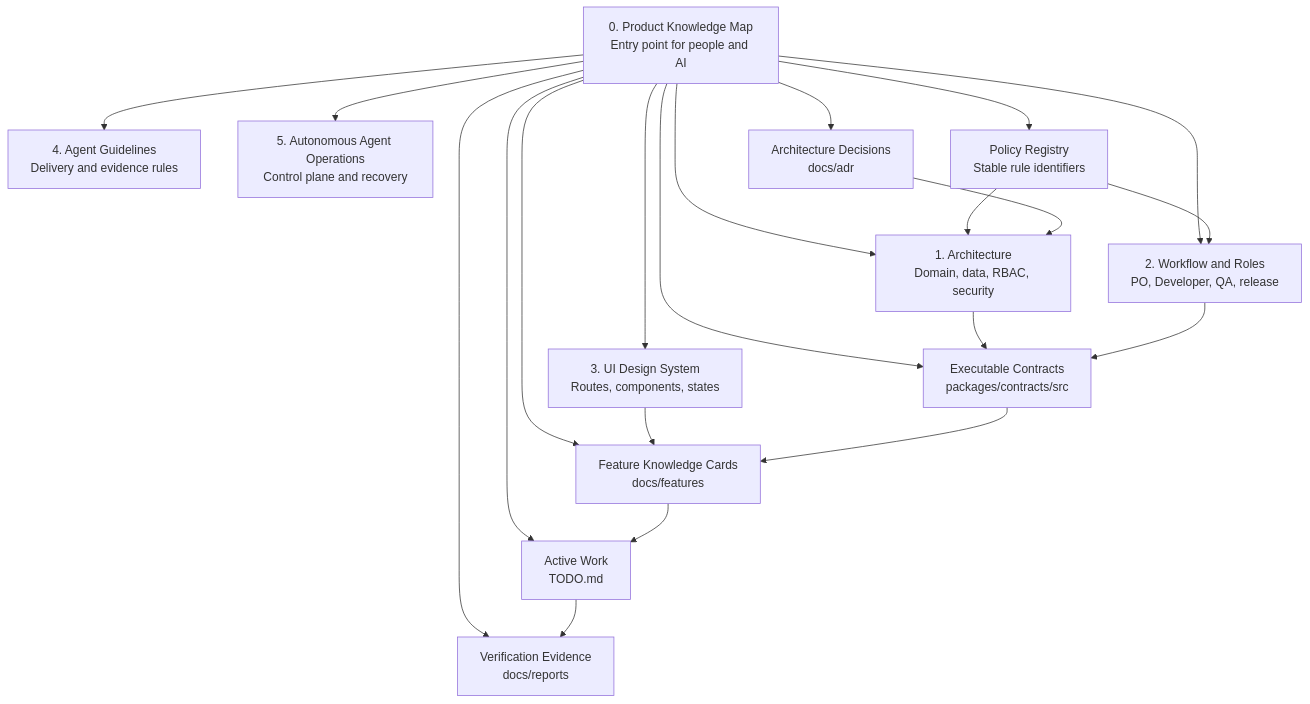
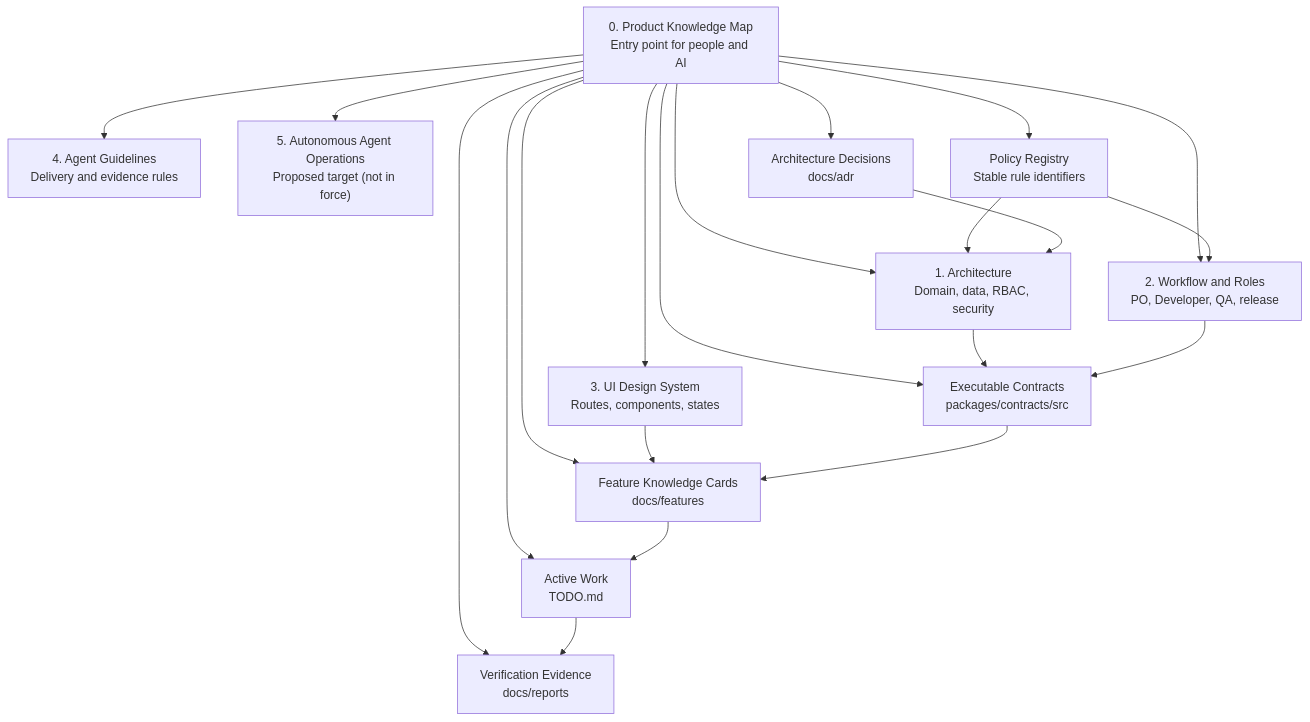
One commit to oneilreyand/qlickhub changed the second of 4 diagrams in docs/0_PRODUCT_KNOWLEDGE_MAP.md. Above: the diagram before and after it, drawn with Mermaid. The commit also changed other lines of this file and 10 other files, not shown here.

Commit message:
docs(governance): revise autonomous agent operations to proposed target state

````diff
--- a/docs/0_PRODUCT_KNOWLEDGE_MAP.md
+++ b/docs/0_PRODUCT_KNOWLEDGE_MAP.md
@@ -85,25 +85,25 @@
 ```mermaid
 graph TD
     Map["0. Product Knowledge Map<br/>Entry point for people and AI"]
     Map --> Architecture["1. Architecture<br/>Domain, data, RBAC, security"]
     Map --> Workflow["2. Workflow and Roles<br/>PO, Developer, QA, release"]
     Map --> UI["3. UI Design System<br/>Routes, components, states"]
     Map --> Guidelines["4. Agent Guidelines<br/>Delivery and evidence rules"]
-    Map --> AgentOps["5. Autonomous Agent Operations<br/>Control plane and recovery"]
+    Map --> AgentOps["5. Autonomous Agent Operations<br/>Proposed target (not in force)"]
     Map --> Policies["Policy Registry<br/>Stable rule identifiers"]
     Map --> Contracts["Executable Contracts<br/>packages/contracts/src"]
     Map --> Features["Feature Knowledge Cards<br/>docs/features"]
     Map --> Decisions["Architecture Decisions<br/>docs/adr"]
     Map --> Backlog["Active Work<br/>TODO.md"]
     Map --> Reports["Verification Evidence<br/>docs/reports"]
 
     Architecture --> Contracts
     Workflow --> Contracts
     Policies --> Architecture
     Policies --> Workflow
     UI --> Features
     Contracts --> Features
     Decisions --> Architecture
     Features --> Backlog
     Backlog --> Reports
 ```
````
